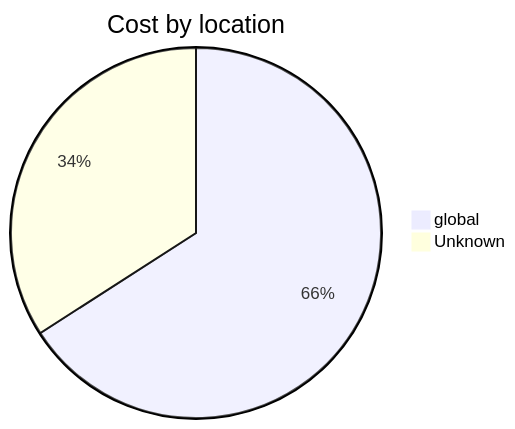
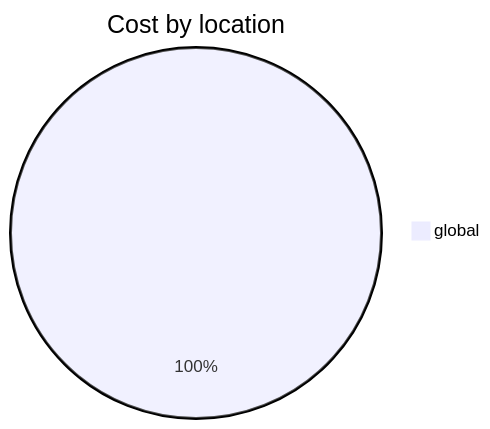
The third of 4 diagrams in cost-reports/personal-dns/jpatrickfulton.com.md (jpfulton/azure-personal-reports), drawn with Mermaid before and after one commit. The commit also changed other lines of this file and 2 other files, not shown here.

````diff
--- a/cost-reports/personal-dns/jpatrickfulton.com.md
+++ b/cost-reports/personal-dns/jpatrickfulton.com.md
@@ -108,6 +107,5 @@
 ```mermaid
 pie
    title Cost by location
-   "global" : 0.29
-   "Unknown" : 0.15
+   "global" : 0.46
 ```
````
